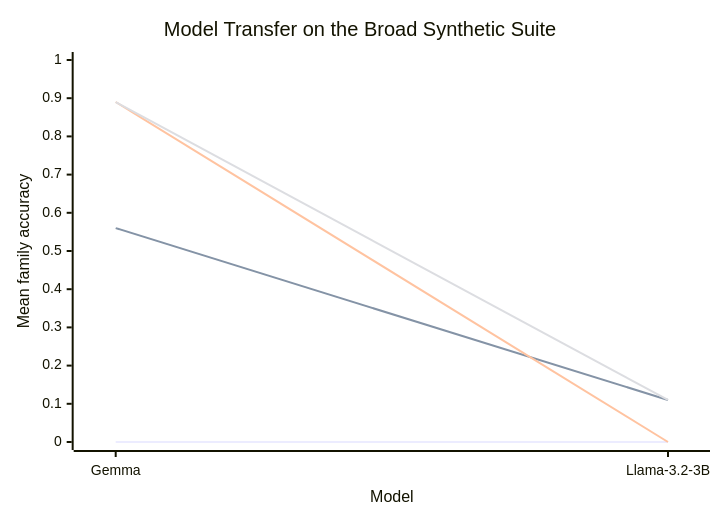
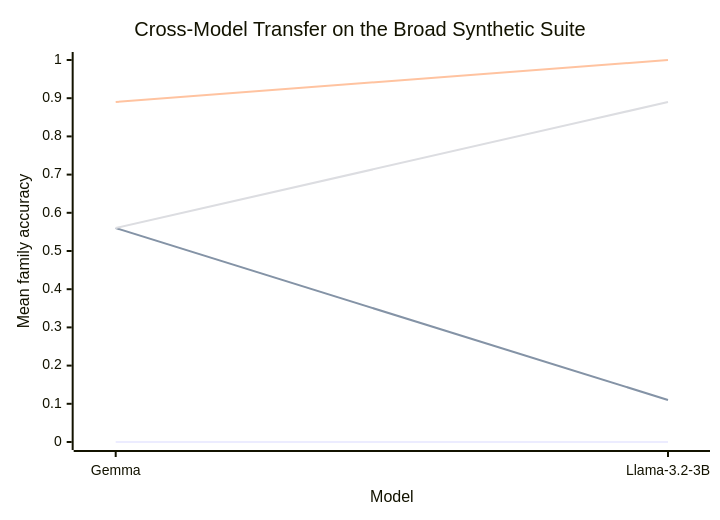
The diagram in docs/model_transfer_report.md (dylanler/latent-planning), drawn with Mermaid before and after one commit. The commit also changed other lines of this file and 10 other files, not shown here.

````diff
--- a/docs/model_transfer_report.md
+++ b/docs/model_transfer_report.md
@@ -19,10 +19,10 @@
 ```mermaid
 xychart-beta
-    title "Model Transfer on the Broad Synthetic Suite"
+    title "Cross-Model Transfer on the Broad Synthetic Suite"
     x-axis "Model" [Gemma, Llama-3.2-3B]
     y-axis "Mean family accuracy" 0 --> 1.0
     line "Baseline" [0.00, 0.00]
     line "No-validator" [0.56, 0.11]
-    line "Managed" [0.89, 0.00]
-    line "Recursive" [0.89, 0.11]
+    line "Managed" [0.89, 1.00]
+    line "Recursive" [0.56, 0.89]
 ```
````
